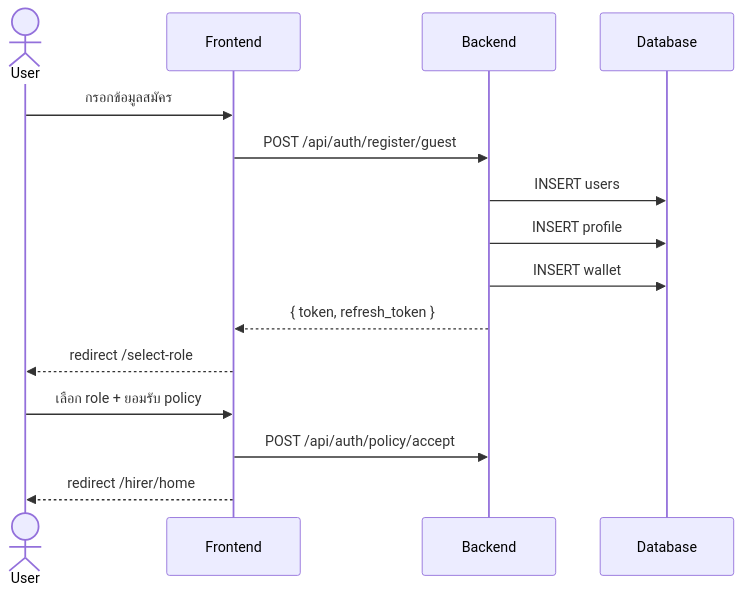
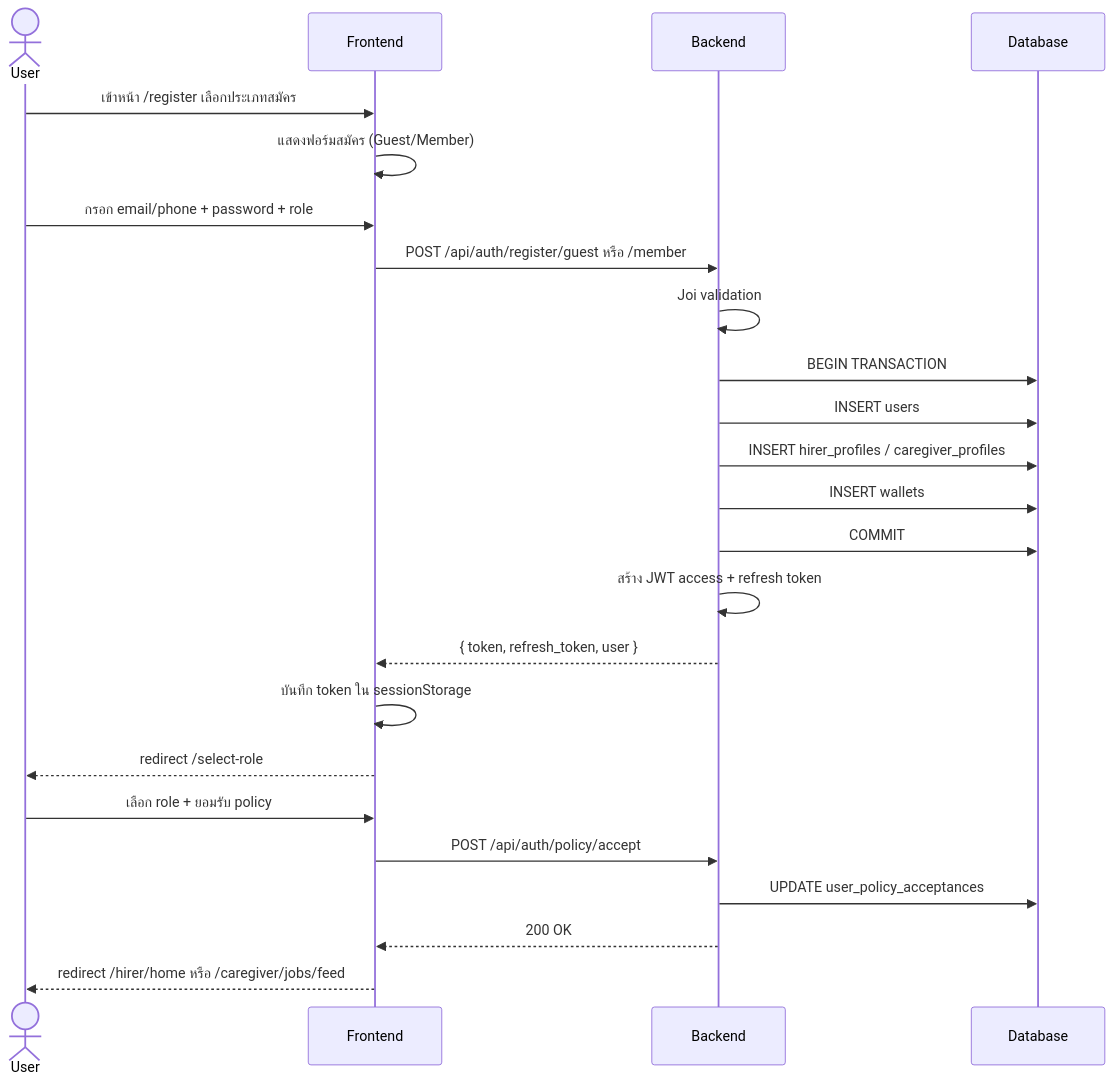
One commit to SakdaRt/Careconnect changed the second of 16 diagrams in THESIS_CONTENT_CH3_PART3.md. Above: the diagram before and after it, drawn with Mermaid. The commit also changed other lines of this file, not shown here.

Commit message:
docs(thesis): ปรับ Sequence Diagram ครบ 15 diagrams — หัวข้อภาษาไทย + เพิ่ม Login, OAuth, OTP, Direct Assign, Early Checkout, Cancel, Dispute, Withdrawal, Notification

````diff
--- a/THESIS_CONTENT_CH3_PART3.md
+++ b/THESIS_CONTENT_CH3_PART3.md
@@ -653,17 +655,26 @@
 ```mermaid
 sequenceDiagram
     actor User
     participant FE as Frontend
     participant BE as Backend
     participant DB as Database
-    User->>FE: กรอกข้อมูลสมัคร
-    FE->>BE: POST /api/auth/register/guest
+    User->>FE: เข้าหน้า /register เลือกประเภทสมัคร
+    FE->>FE: แสดงฟอร์มสมัคร (Guest/Member)
+    User->>FE: กรอก email/phone + password + role
+    FE->>BE: POST /api/auth/register/guest หรือ /member
+    BE->>BE: Joi validation
+    BE->>DB: BEGIN TRANSACTION
     BE->>DB: INSERT users
-    BE->>DB: INSERT profile
-    BE->>DB: INSERT wallet
-    BE-->>FE: { token, refresh_token }
+    BE->>DB: INSERT hirer_profiles / caregiver_profiles
+    BE->>DB: INSERT wallets
+    BE->>DB: COMMIT
+    BE->>BE: สร้าง JWT access + refresh token
+    BE-->>FE: { token, refresh_token, user }
+    FE->>FE: บันทึก token ใน sessionStorage
     FE-->>User: redirect /select-role
     User->>FE: เลือก role + ยอมรับ policy
     FE->>BE: POST /api/auth/policy/accept
-    FE-->>User: redirect /hirer/home
+    BE->>DB: UPDATE user_policy_acceptances
+    BE-->>FE: 200 OK
+    FE-->>User: redirect /hirer/home หรือ /caregiver/jobs/feed
 ```
````
